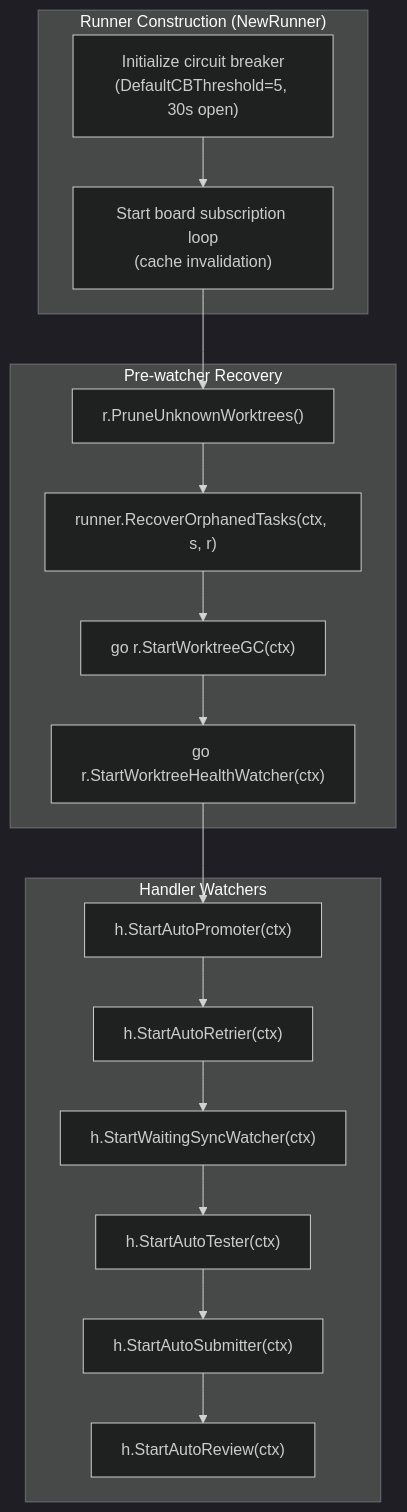
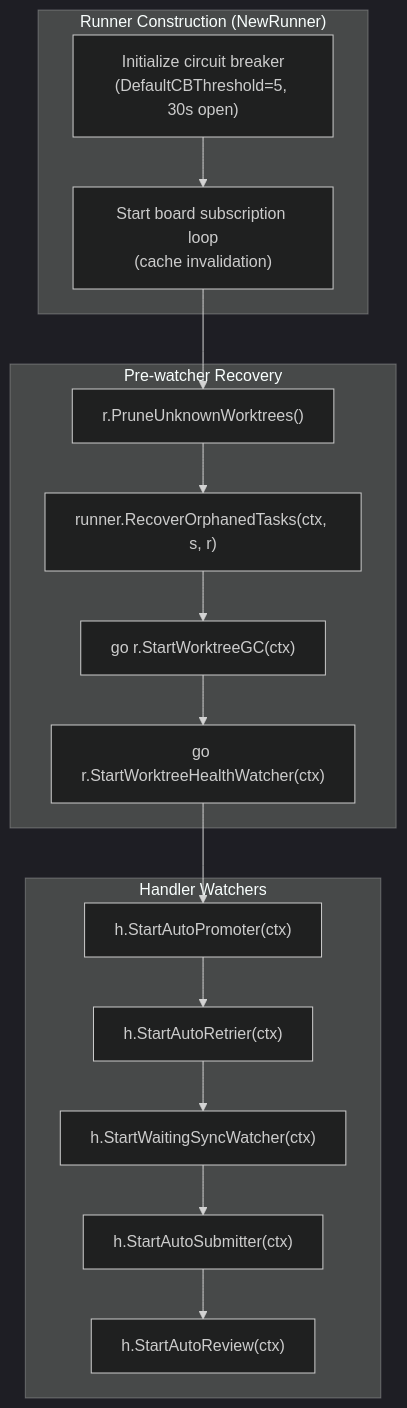
The first of 4 diagrams in docs/internals/automation.md (changkun/wallfacer), drawn with Mermaid (dark theme) before and after one commit. The commit also changed other lines of this file and 103 other files, not shown here.

First line of the commit message:
tasks: no test run: a waiting task is reviewed or accepted, and POST /api/tasks/{id}/test, the auto-tester and the testing activity are gone

````diff
--- a/docs/internals/automation.md
+++ b/docs/internals/automation.md
@@ -31,26 +31,25 @@
 ```mermaid
 flowchart TD
     subgraph "Runner Construction (NewRunner)"
         A1["Initialize circuit breaker<br/>(DefaultCBThreshold=5, 30s open)"]
         A2["Start board subscription loop<br/>(cache invalidation)"]
     end
 
     subgraph "Pre-watcher Recovery"
         B1["r.PruneUnknownWorktrees()"]
         B2["runner.RecoverOrphanedTasks(ctx, s, r)"]
         B3["go r.StartWorktreeGC(ctx)"]
         B4["go r.StartWorktreeHealthWatcher(ctx)"]
     end
 
     subgraph "Handler Watchers"
         C1["h.StartAutoPromoter(ctx)"]
         C2["h.StartAutoRetrier(ctx)"]
         C3["h.StartWaitingSyncWatcher(ctx)"]
-        C4["h.StartAutoTester(ctx)"]
         C5["h.StartAutoSubmitter(ctx)"]
         C6["h.StartAutoReview(ctx)"]
     end
 
     A1 --> A2 --> B1 --> B2 --> B3 --> B4
-    B4 --> C1 --> C2 --> C3 --> C4 --> C5 --> C6
+    B4 --> C1 --> C2 --> C3 --> C5 --> C6
 ```
````
